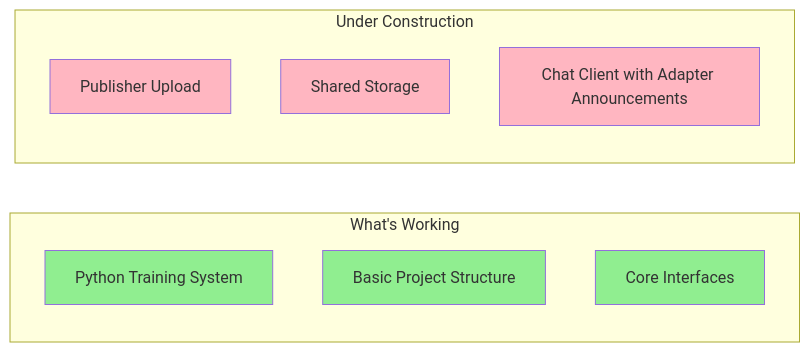
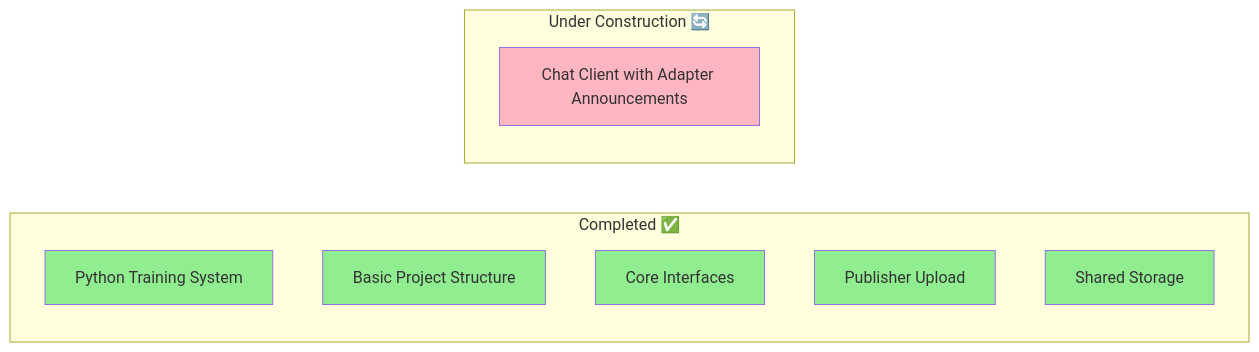
The third of 6 diagrams in STORY.md (gsinghjay/LLMAdapterClient), drawn with Mermaid before and after one commit. The commit also changed other lines of this file, not shown here.

````diff
--- a/STORY.md
+++ b/STORY.md
@@ -82,21 +86,21 @@
 ```mermaid
 graph LR
-    subgraph "What's Working"
+    subgraph "Completed ✅"
         A[Python Training System]
         B[Basic Project Structure]
         C[Core Interfaces]
+        D[Publisher Upload]
+        E[Shared Storage]
     end
     
-    subgraph "Under Construction"
-        D[Publisher Upload]
-        E[Shared Storage]
+    subgraph "Under Construction 🔄"
         F[Chat Client with Adapter Announcements]
     end
     
     style A fill:#90EE90
     style B fill:#90EE90
     style C fill:#90EE90
-    style D fill:#FFB6C1
-    style E fill:#FFB6C1
+    style D fill:#90EE90
+    style E fill:#90EE90
     style F fill:#FFB6C1
 ```
````
